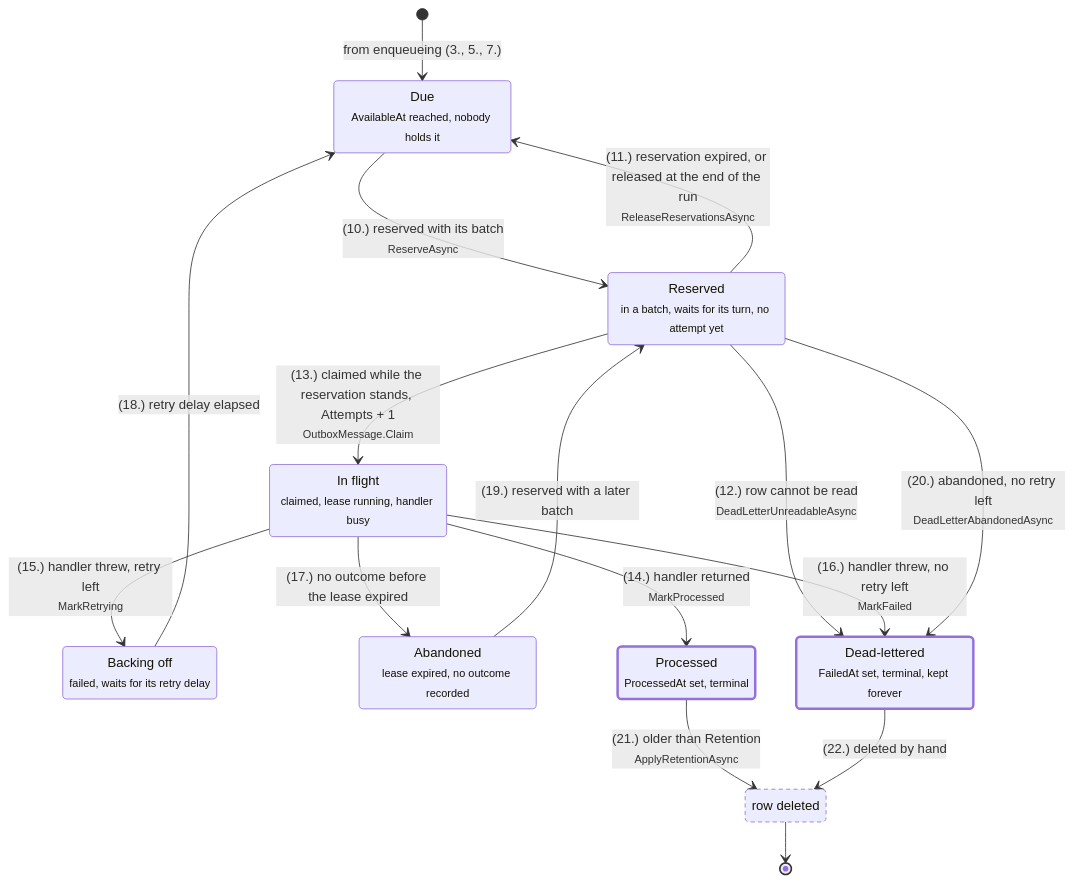
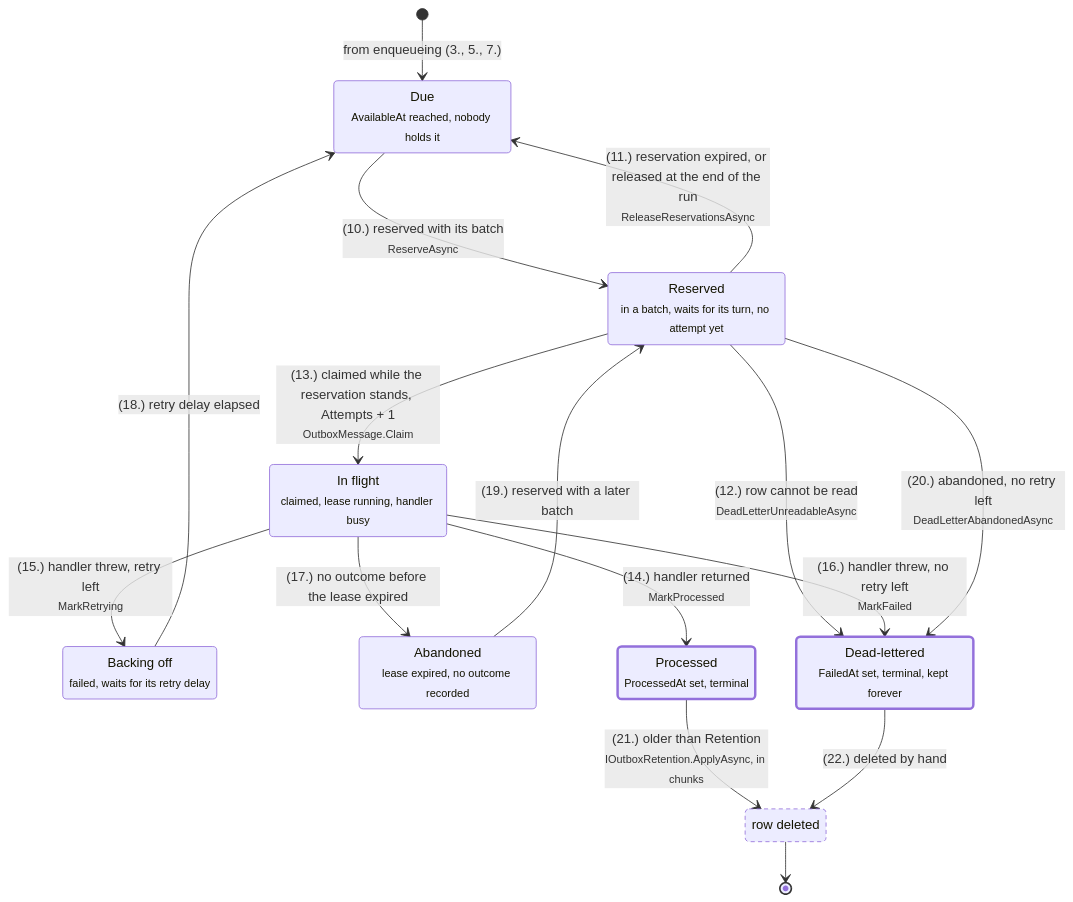
One commit to drozdik-m/domain-driven-design changed the second of 3 diagrams in src/MartinDrozdik.DDD.Web/OutboxDiagram.md. Above: the diagram before and after it, drawn with Mermaid. The commit also changed other lines of this file and 25 other files, not shown here.

````diff
--- a/src/MartinDrozdik.DDD.Web/OutboxDiagram.md
+++ b/src/MartinDrozdik.DDD.Web/OutboxDiagram.md
@@ -47,34 +47,34 @@
 ```mermaid
 stateDiagram-v2
     direction TB
 
     state "Due<br/><small>AvailableAt reached, nobody holds it</small>" as Due
     state "Reserved<br/><small>in a batch, waits for its turn, no attempt yet</small>" as Reserved
     state "In flight<br/><small>claimed, lease running, handler busy</small>" as InFlight
     state "Backing off<br/><small>failed, waits for its retry delay</small>" as Backoff
     state "Abandoned<br/><small>lease expired, no outcome recorded</small>" as Abandoned
     state "Processed<br/><small>ProcessedAt set, terminal</small>" as Processed
     state "Dead-lettered<br/><small>FailedAt set, terminal, kept forever</small>" as DeadLettered
     state "row deleted" as Deleted
 
     [*] --> Due : from enqueueing (3., 5., 7.)
     Due --> Reserved : (10.) reserved with its batch<br/><small>ReserveAsync</small>
     Reserved --> Due : (11.) reservation expired, or released at the end of the run<br/><small>ReleaseReservationsAsync</small>
     Reserved --> DeadLettered : (12.) row cannot be read<br/><small>DeadLetterUnreadableAsync</small>
     Reserved --> InFlight : (13.) claimed while the reservation stands, Attempts + 1<br/><small>OutboxMessage.Claim</small>
     InFlight --> Processed : (14.) handler returned<br/><small>MarkProcessed</small>
     InFlight --> Backoff : (15.) handler threw, retry left<br/><small>MarkRetrying</small>
     InFlight --> DeadLettered : (16.) handler threw, no retry left<br/><small>MarkFailed</small>
     InFlight --> Abandoned : (17.) no outcome before the lease expired
     Backoff --> Due : (18.) retry delay elapsed
     Abandoned --> Reserved : (19.) reserved with a later batch
     Reserved --> DeadLettered : (20.) abandoned, no retry left<br/><small>DeadLetterAbandonedAsync</small>
-    Processed --> Deleted : (21.) older than Retention<br/><small>ApplyRetentionAsync</small>
+    Processed --> Deleted : (21.) older than Retention<br/><small>IOutboxRetention.ApplyAsync, in chunks</small>
     DeadLettered --> Deleted : (22.) deleted by hand
     Deleted --> [*]
 
     classDef terminal stroke-width:3px
     classDef gone stroke-dasharray:5 4
     class Processed,DeadLettered terminal
     class Deleted gone
 ```
````
